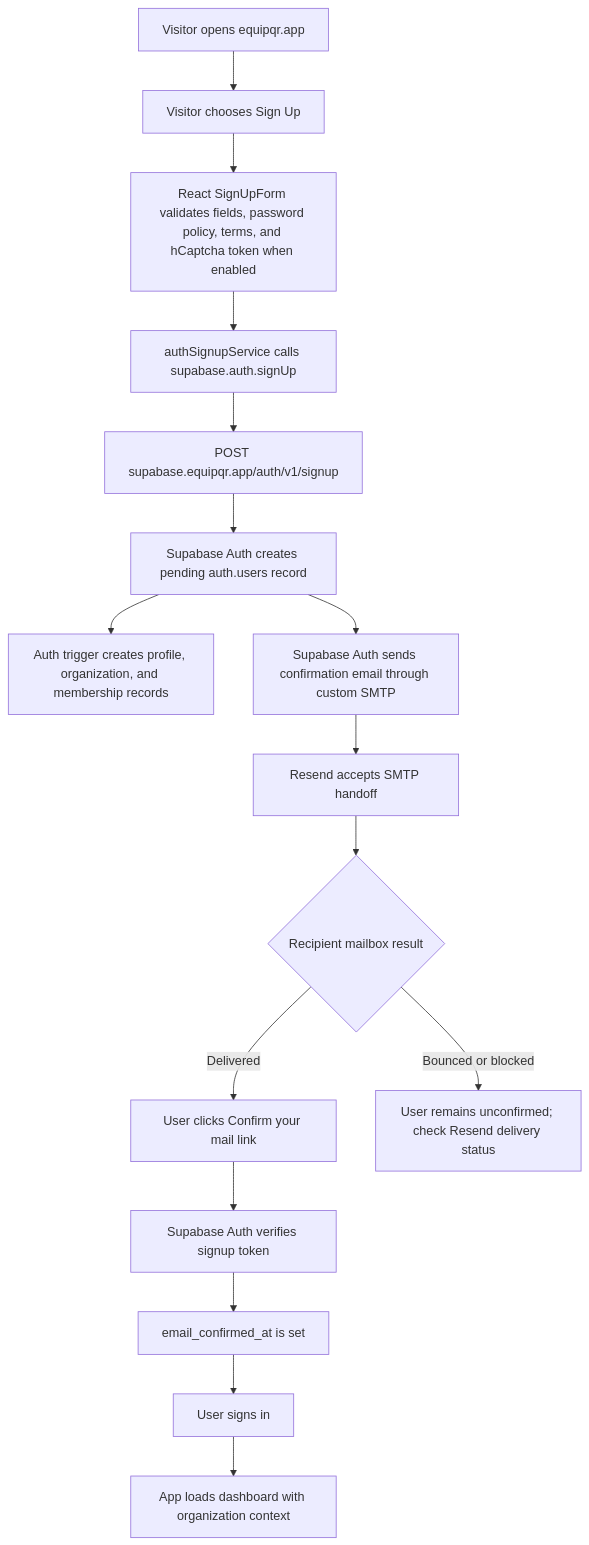
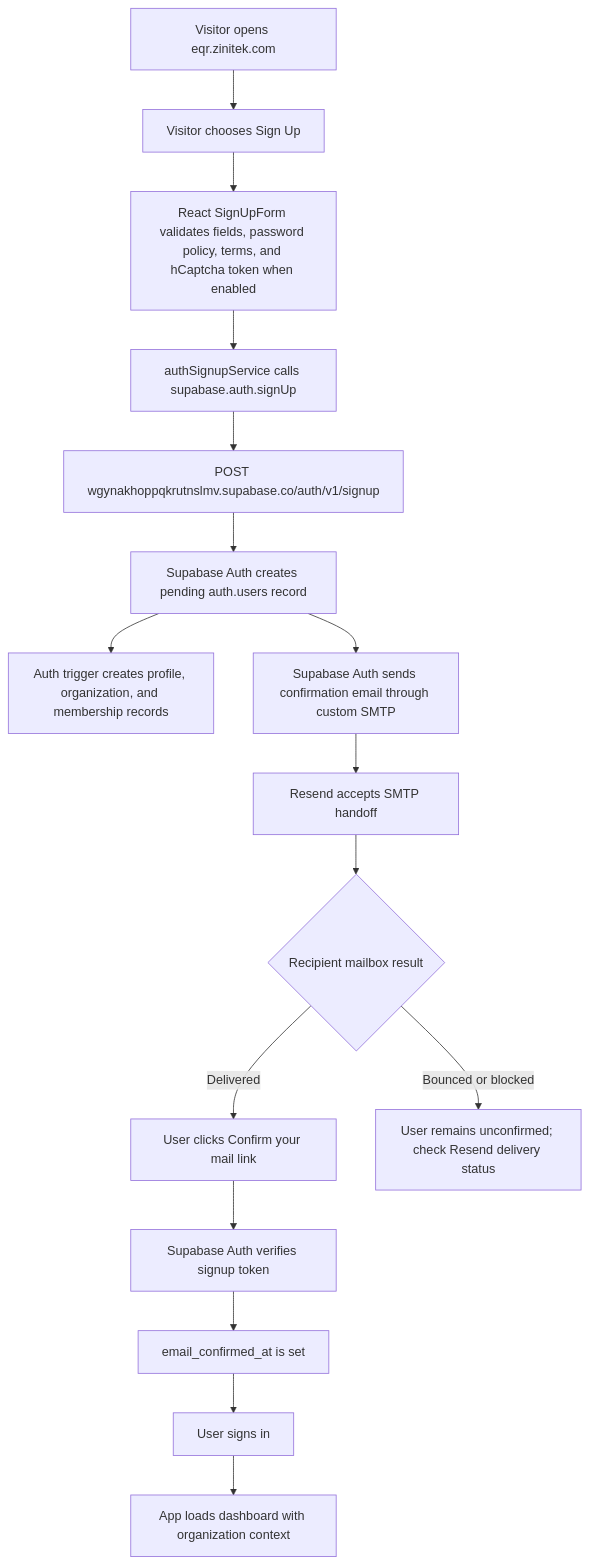
One commit to phan-tan-7211/Equipment-Management changed the diagram in docs/ops/auth-signup-email-workflow.md. Above: the diagram before and after it, drawn with Mermaid. The commit also changed other lines of this file and 127 other files, not shown here.

````diff
--- a/docs/ops/auth-signup-email-workflow.md
+++ b/docs/ops/auth-signup-email-workflow.md
@@ -29,18 +29,18 @@
 ```mermaid
 flowchart TD
-  A[Visitor opens equipqr.app] --> B[Visitor chooses Sign Up]
+  A[Visitor opens eqr.zinitek.com] --> B[Visitor chooses Sign Up]
   B --> C[React SignUpForm validates fields, password policy, terms, and hCaptcha token when enabled]
   C --> D[authSignupService calls supabase.auth.signUp]
-  D --> E[POST supabase.equipqr.app/auth/v1/signup]
+  D --> E[POST wgynakhoppqkrutnslmv.supabase.co/auth/v1/signup]
   E --> F[Supabase Auth creates pending auth.users record]
   F --> G[Auth trigger creates profile, organization, and membership records]
   F --> H[Supabase Auth sends confirmation email through custom SMTP]
   H --> I[Resend accepts SMTP handoff]
   I --> J{Recipient mailbox result}
   J -->|Delivered| K[User clicks Confirm your mail link]
   J -->|Bounced or blocked| L[User remains unconfirmed; check Resend delivery status]
   K --> M[Supabase Auth verifies signup token]
   M --> N[email_confirmed_at is set]
   N --> O[User signs in]
   O --> P[App loads dashboard with organization context]
 ```
````
